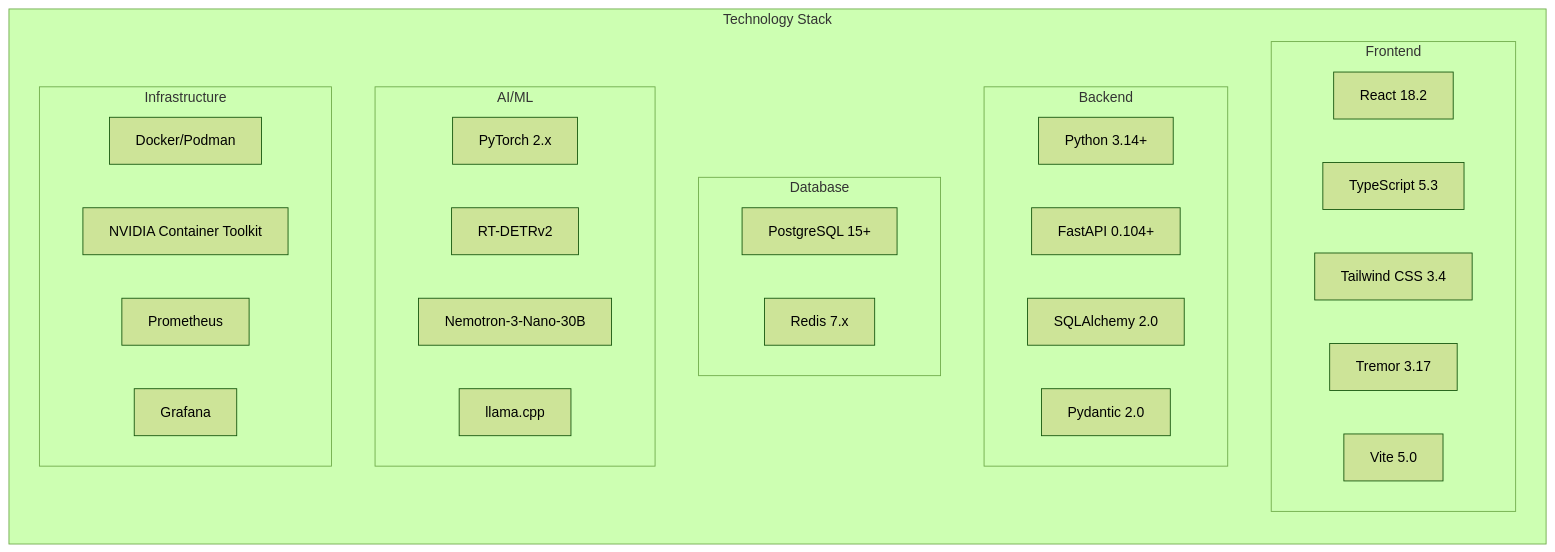
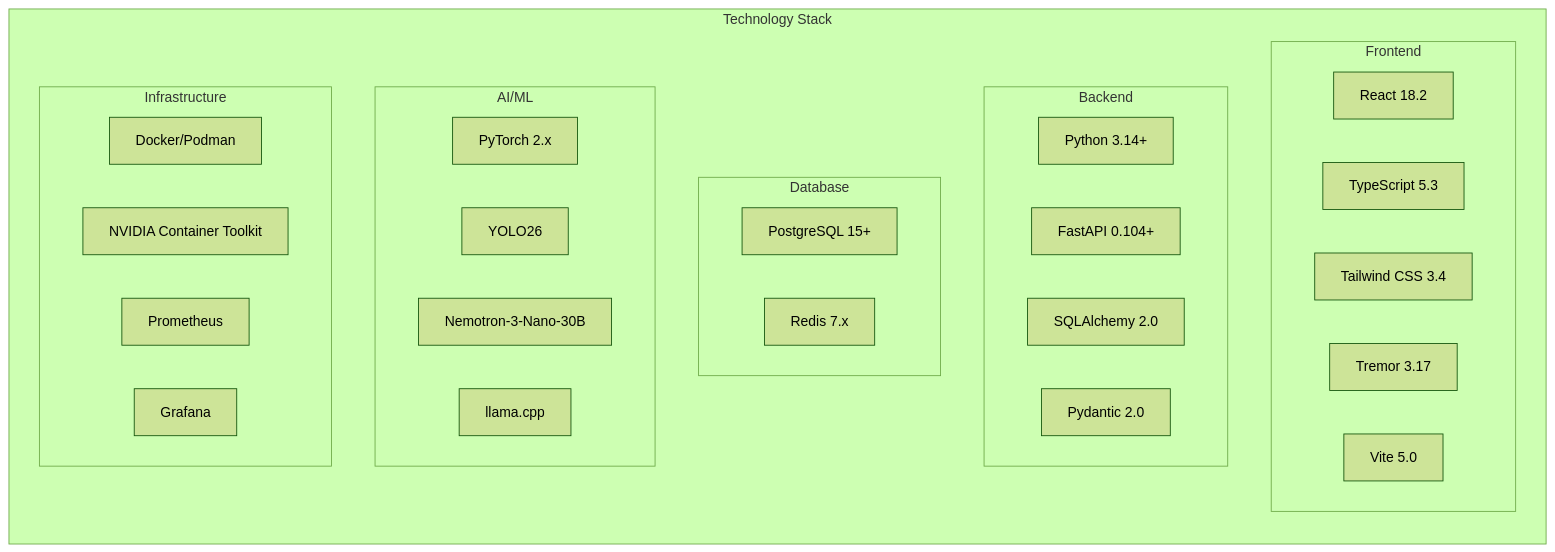
One commit to mikesvoboda/nemotron-v3-home-security-intelligence changed the second of 2 diagrams in docs/architecture/system-overview/README.md. Above: the diagram before and after it, drawn with Mermaid (forest theme). The commit also changed other lines of this file and 474 other files, not shown here.

````diff
--- a/docs/architecture/system-overview/README.md
+++ b/docs/architecture/system-overview/README.md
@@ -72,40 +72,40 @@
 ```mermaid
 flowchart TB
     subgraph Stack["Technology Stack"]
         direction TB
 
         subgraph FE["Frontend"]
             React["React 18.2"]
             TS["TypeScript 5.3"]
             Tailwind["Tailwind CSS 3.4"]
             Tremor["Tremor 3.17"]
             Vite["Vite 5.0"]
         end
 
         subgraph BE["Backend"]
             Python["Python 3.14+"]
             FastAPI["FastAPI 0.104+"]
             SQLAlchemy["SQLAlchemy 2.0"]
             Pydantic["Pydantic 2.0"]
         end
 
         subgraph DB["Database"]
             PG["PostgreSQL 15+"]
             Redis["Redis 7.x"]
         end
 
         subgraph ML["AI/ML"]
             PyTorch["PyTorch 2.x"]
-            RTDETR["RT-DETRv2"]
+            YOLO26["YOLO26"]
             Nemotron["Nemotron-3-Nano-30B"]
             LlamaCpp["llama.cpp"]
         end
 
         subgraph Infra["Infrastructure"]
             Docker["Docker/Podman"]
             NVIDIA["NVIDIA Container Toolkit"]
             Prom["Prometheus"]
             Graf["Grafana"]
         end
     end
 ```
````
